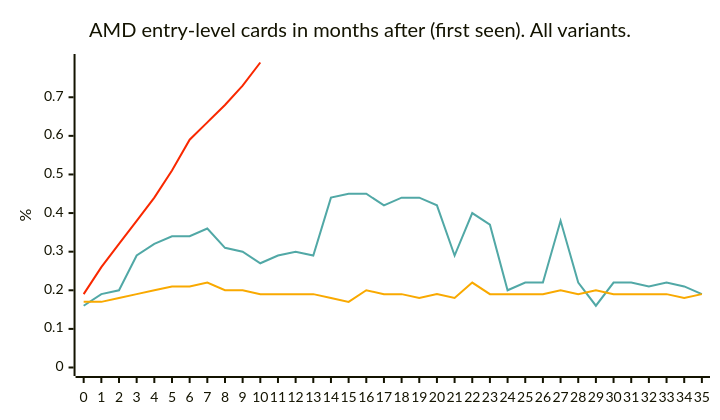
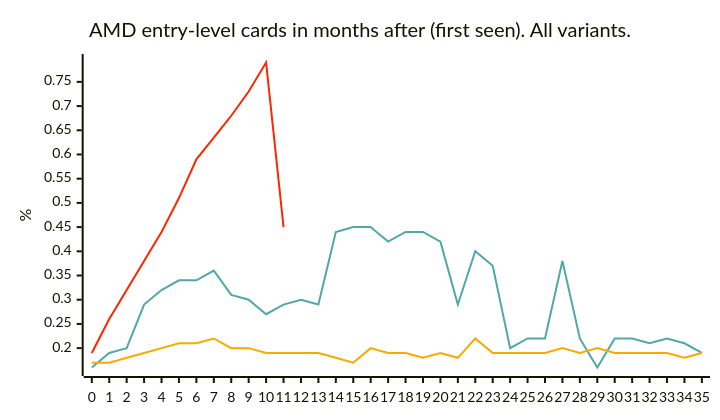
Before and after one commit to jdegene/steamHWsurvey: the tenth of 31 diagrams in README.md, drawn with Mermaid. The commit also changed other lines of this file and 3 other files, not shown here.

````diff
--- a/README.md
+++ b/README.md
@@ -346,23 +352,23 @@
 ```mermaid
 ---
 config:
     xyChart:
         width: 700
         height: 400
         
     themeVariables:
         xyChart:
             plotColorPalette: "#51a8a6,#f9a900,#f92800,#d92080,#8a52a6"
 
 --- 
 
 
 xychart-beta
     title "AMD entry-level cards in months after (first seen). All variants."
     x-axis[0, 1, 2, 3, 4, 5, 6, 7, 8, 9, 10, 11, 12, 13, 14, 15, 16, 17, 18, 19, 20, 21, 22, 23, 24, 25, 26, 27, 28, 29, 30, 31, 32, 33, 34, 35]
     y-axis "%" 
     line [0.16, 0.19, 0.2, 0.29, 0.32, 0.33999999999999997, 0.33999999999999997, 0.36, 0.31, 0.3, 0.27, 0.29, 0.3, 0.29, 0.44, 0.45000000000000007, 0.45000000000000007, 0.42, 0.43999999999999995, 0.44, 0.42, 0.29, 0.4, 0.37, 0.2, 0.22, 0.22, 0.38000000000000006, 0.22, 0.16, 0.22, 0.22, 0.21, 0.22, 0.21, 0.19]
     line [0.16999999999999998, 0.16999999999999998, 0.18, 0.19, 0.2, 0.21, 0.21, 0.22, 0.2, 0.2, 0.19, 0.19, 0.19, 0.19, 0.18, 0.16999999999999998, 0.2, 0.19, 0.19, 0.18, 0.19, 0.18, 0.22, 0.19, 0.19, 0.19, 0.19, 0.2, 0.19, 0.2, 0.19, 0.19, 0.19, 0.19, 0.18, 0.19]
-    line [0.19, 0.26, 0.32, 0.38, 0.44, 0.51, 0.59, 0.635, 0.6799999999999999, 0.73, 0.79]
-    line [0]
+    line [0.19, 0.26, 0.32, 0.38, 0.44, 0.51, 0.59, 0.635, 0.6799999999999999, 0.73, 0.79, 0.44999999999999996]
+    line [0.74]
 ``` 
````
